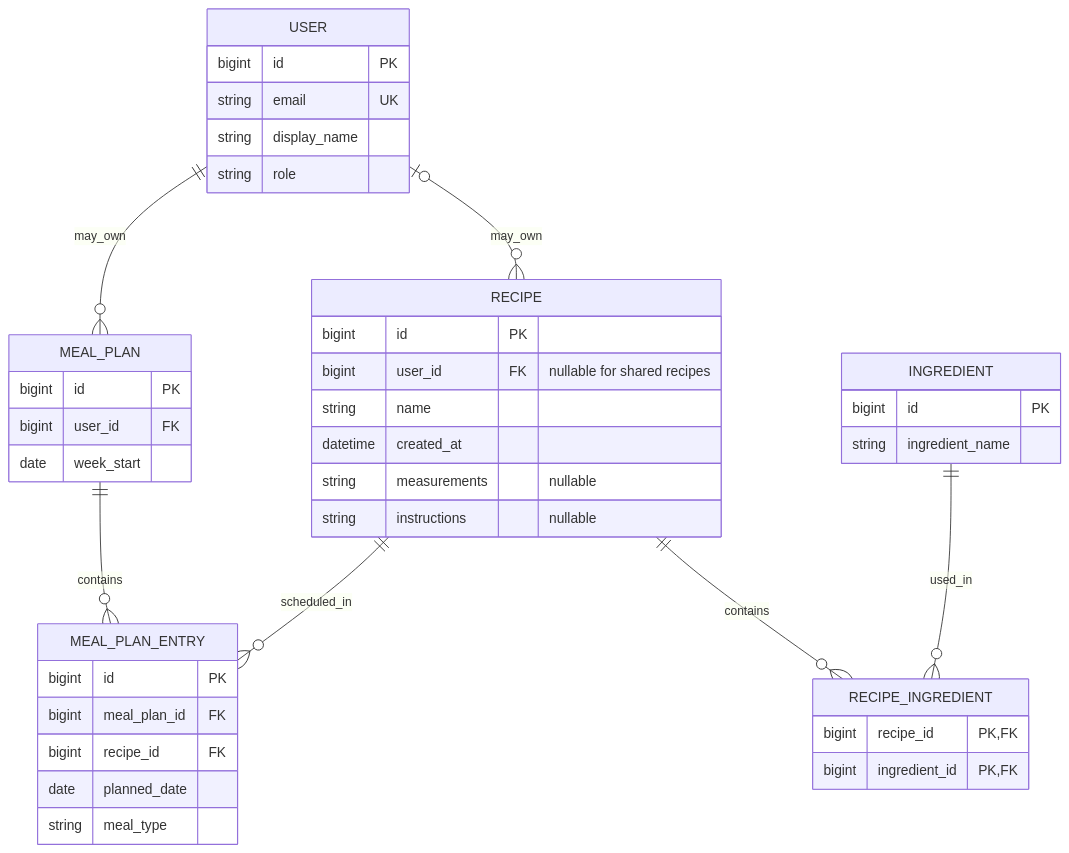
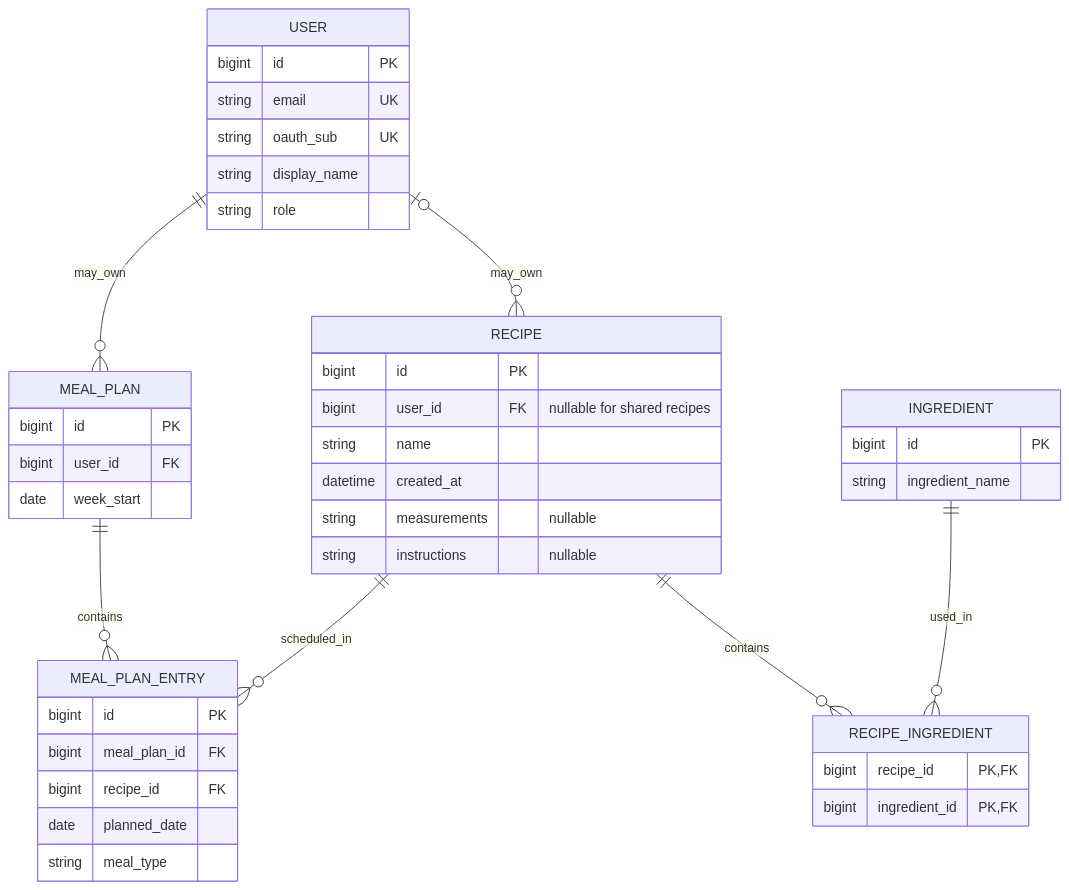
The diagram in docs/proposal.md (Solian21/CST438_P2_API), drawn with Mermaid before and after one commit. The commit also changed other lines of this file, not shown here.

Commit message:
docs : update oauthSub to ERD and Resources cell

````diff
--- a/docs/proposal.md
+++ b/docs/proposal.md
@@ -19,51 +19,52 @@
 ```mermaid
 erDiagram
     USER ||--o{ MEAL_PLAN : may_own
     USER o|--o{ RECIPE : may_own
 
     RECIPE ||--o{ RECIPE_INGREDIENT : contains
     INGREDIENT ||--o{ RECIPE_INGREDIENT : used_in
 
     MEAL_PLAN ||--o{ MEAL_PLAN_ENTRY : contains
     RECIPE ||--o{ MEAL_PLAN_ENTRY : scheduled_in
 
     USER {
         bigint id PK
         string email UK
+        string oauth_sub UK
         string display_name
         string role
     }
 
     RECIPE {
         bigint id PK
         bigint user_id FK "nullable for shared recipes"
         string name
         datetime created_at
         string measurements "nullable"
         string instructions "nullable"
     }
 
     INGREDIENT {
         bigint id PK
         string ingredient_name
     }
 
     RECIPE_INGREDIENT {
         bigint recipe_id PK, FK
         bigint ingredient_id PK, FK
     }
 
     MEAL_PLAN {
         bigint id PK
         bigint user_id FK
         date week_start
     }
 
     MEAL_PLAN_ENTRY {
         bigint id PK
         bigint meal_plan_id FK
         bigint recipe_id FK
         date planned_date
         string meal_type
     }
 ```
````
